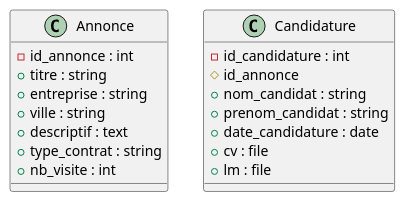
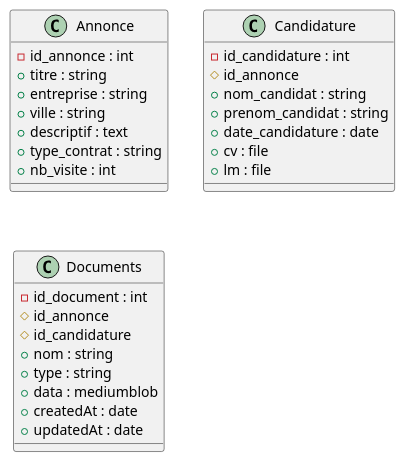
Before and after one commit to tteuru09/ProjetOHIPA: the diagram in Docs/Backend/MLD.plantuml, drawn with PlantUML. The commit also changed 4 other files, not shown here.

```diff
--- a/Docs/Backend/MLD.plantuml
+++ b/Docs/Backend/MLD.plantuml
@@ -1,25 +1,36 @@
 @startuml MLD
 
 class Annonce{
     -id_annonce : int
     +titre : string
     +entreprise : string
     +ville : string
     +descriptif : text
     +type_contrat : string
     +nb_visite : int                                                                
 }
 
 class Candidature{
     -id_candidature : int
     #id_annonce
     +nom_candidat : string
     +prenom_candidat : string
     +date_candidature : date
     +cv : file
     +lm : file
 }
 
+class Documents{
+    -id_document : int
+    #id_annonce
+    #id_candidature
+    +nom : string
+    +type : string
+    +data : mediumblob
+    +createdAt : date
+    +updatedAt : date
+}
+
 
 
 @enduml
```
